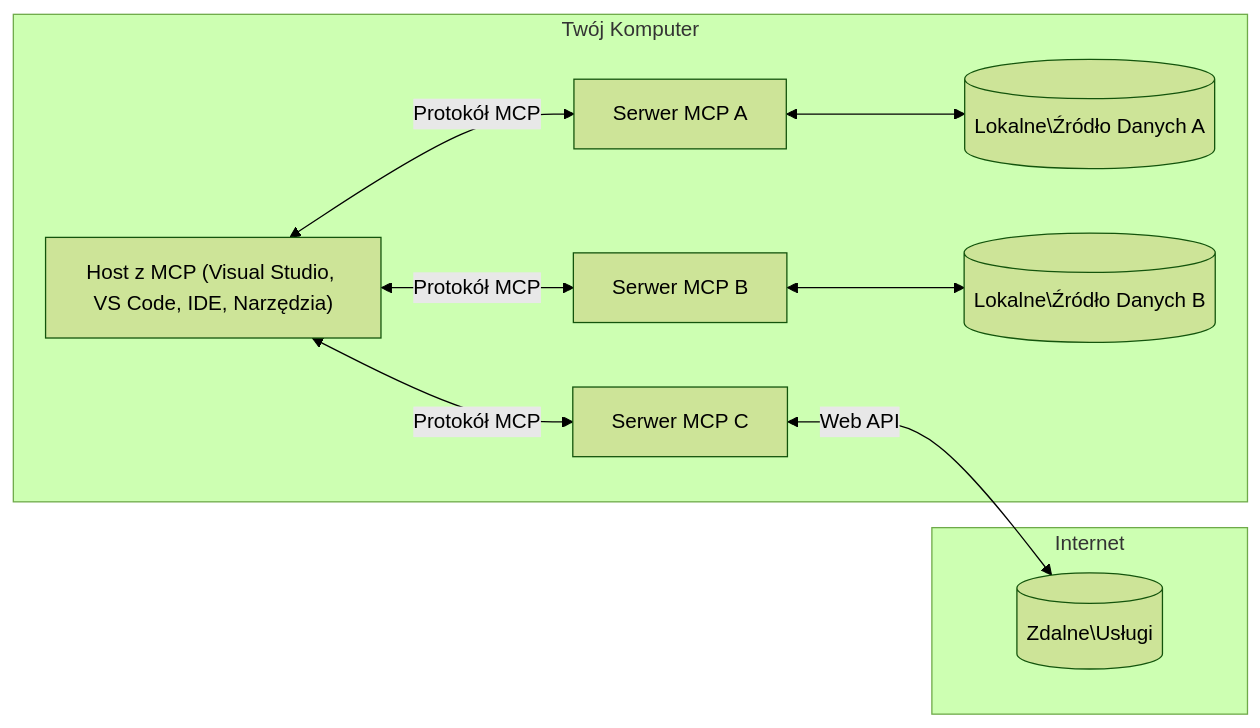
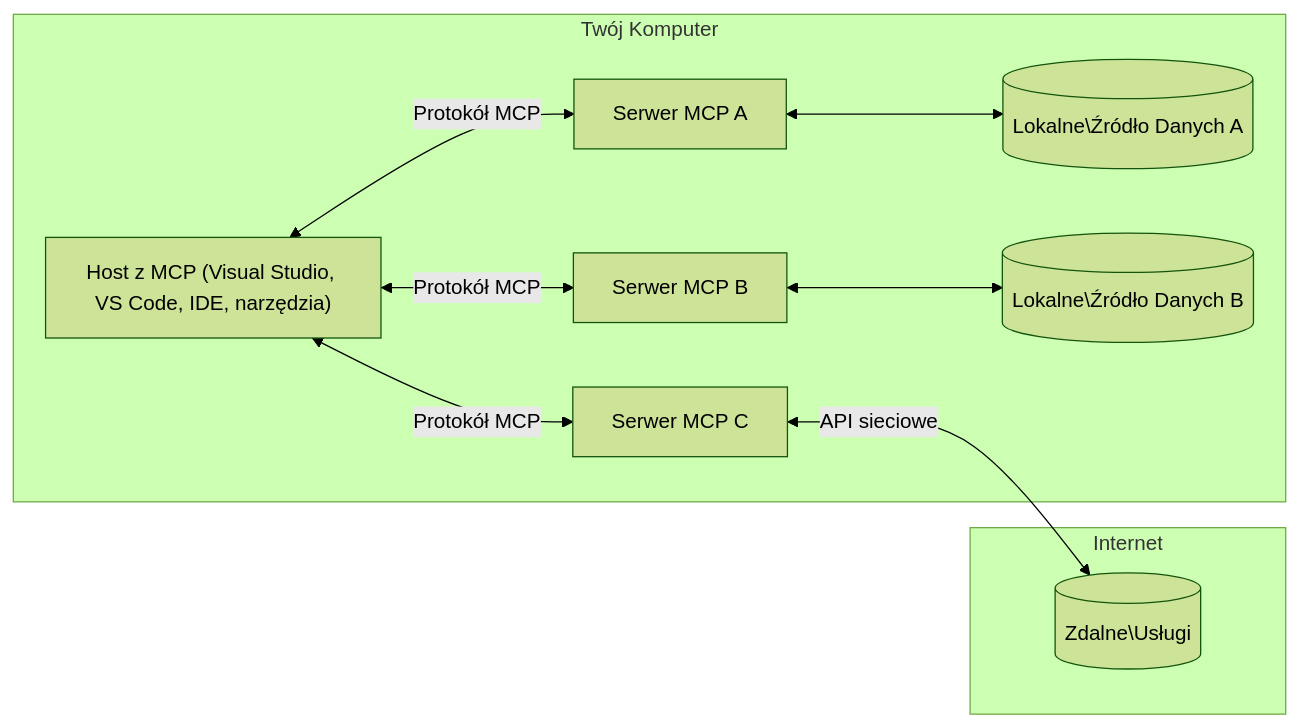
The diagram in translations/pl/01-CoreConcepts/README.md (Mu-L/mcp-for-beginners), drawn with Mermaid (forest theme) before and after one commit. The commit also changed other lines of this file and 5 other files, not shown here.

````diff
--- a/translations/pl/01-CoreConcepts/README.md
+++ b/translations/pl/01-CoreConcepts/README.md
@@ -45,17 +45,17 @@
 ```mermaid
 flowchart LR
     subgraph "Twój Komputer"
-        Host["Host z MCP (Visual Studio, VS Code, IDE, Narzędzia)"]
+        Host["Host z MCP (Visual Studio, VS Code, IDE, narzędzia)"]
         S1["Serwer MCP A"]
         S2["Serwer MCP B"]
         S3["Serwer MCP C"]
         Host <-->|"Protokół MCP"| S1
         Host <-->|"Protokół MCP"| S2
         Host <-->|"Protokół MCP"| S3
         S1 <--> D1[("Lokalne\Źródło Danych A")]
         S2 <--> D2[("Lokalne\Źródło Danych B")]
     end
     subgraph "Internet"
-        S3 <-->|"Web API"| D3[("Zdalne\Usługi")]
+        S3 <-->|"API sieciowe"| D3[("Zdalne\Usługi")]
     end
 ```
````
